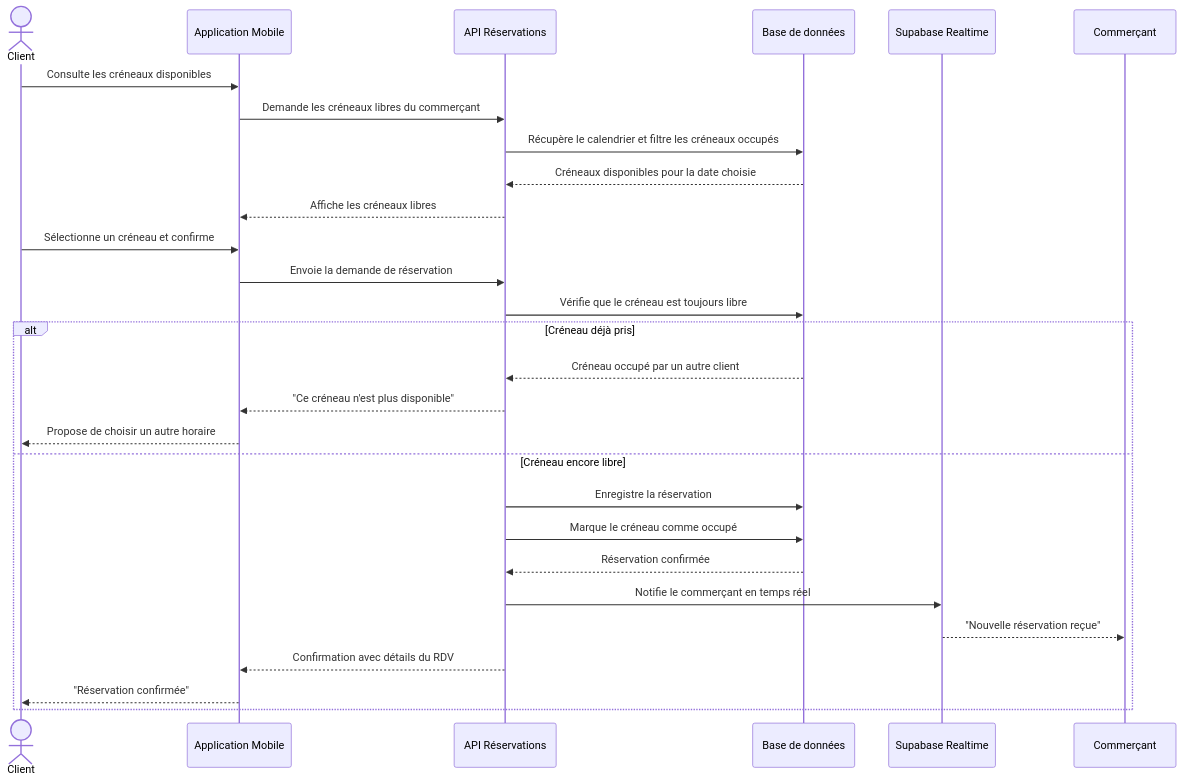
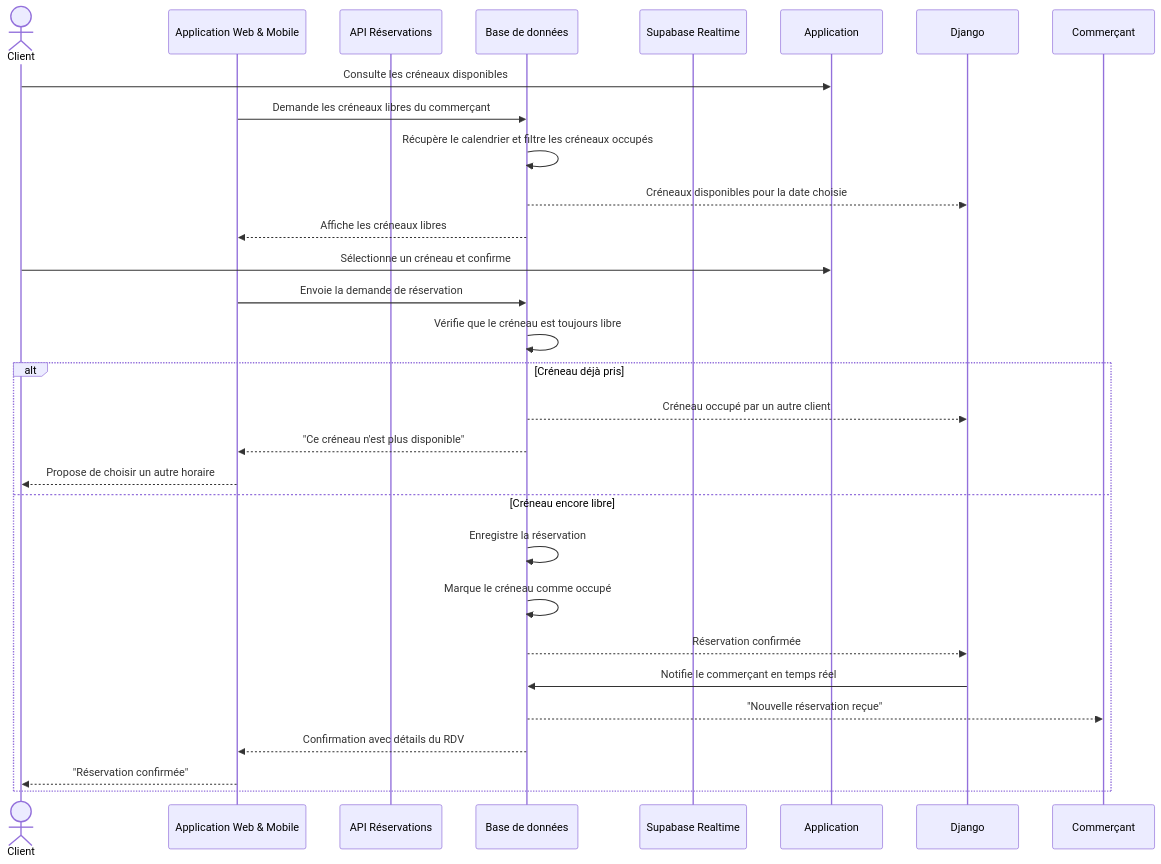
One commit to Abderrahmen1111/private-PFE-repos changed the tenth of 22 diagrams in CHAPITRE3_CONCEPTION.md. Above: the diagram before and after it, drawn with Mermaid. The commit also changed other lines of this file and 2 other files, not shown here.

Commit message:
docs: adapt sequence diagrams to Web/Mobile apps and Django SaaS Admin

````diff
--- a/CHAPITRE3_CONCEPTION.md
+++ b/CHAPITRE3_CONCEPTION.md
@@ -636,30 +635,30 @@
 ```mermaid
 sequenceDiagram
     actor Client
-    participant Application as Application Mobile
+    participant App as Application Web & Mobile
     participant Serveur as API Réservations
     participant BD as Base de données
     participant Notif as Supabase Realtime
 
     Client->>Application: Consulte les créneaux disponibles
-    Application->>Serveur: Demande les créneaux libres du commerçant
-    Serveur->>BD: Récupère le calendrier et filtre les créneaux occupés
-    BD-->>Serveur: Créneaux disponibles pour la date choisie
-    Serveur-->>Application: Affiche les créneaux libres
+    App->>BD: Demande les créneaux libres du commerçant
+    BD->>BD: Récupère le calendrier et filtre les créneaux occupés
+    BD-->>Django: Créneaux disponibles pour la date choisie
+    BD-->>App: Affiche les créneaux libres
     Client->>Application: Sélectionne un créneau et confirme
-    Application->>Serveur: Envoie la demande de réservation
-    Serveur->>BD: Vérifie que le créneau est toujours libre
+    App->>BD: Envoie la demande de réservation
+    BD->>BD: Vérifie que le créneau est toujours libre
     alt Créneau déjà pris
-        BD-->>Serveur: Créneau occupé par un autre client
-        Serveur-->>Application: "Ce créneau n'est plus disponible"
-        Application-->>Client: Propose de choisir un autre horaire
+        BD-->>Django: Créneau occupé par un autre client
+        BD-->>App: "Ce créneau n'est plus disponible"
+        App-->>Client: Propose de choisir un autre horaire
     else Créneau encore libre
-        Serveur->>BD: Enregistre la réservation
-        Serveur->>BD: Marque le créneau comme occupé
-        BD-->>Serveur: Réservation confirmée
-        Serveur->>Notif: Notifie le commerçant en temps réel
-        Notif-->>Commerçant: "Nouvelle réservation reçue"
-        Serveur-->>Application: Confirmation avec détails du RDV
-        Application-->>Client: "Réservation confirmée"
+        BD->>BD: Enregistre la réservation
+        BD->>BD: Marque le créneau comme occupé
+        BD-->>Django: Réservation confirmée
+        Django->>BD: Notifie le commerçant en temps réel
+        BD-->>Commerçant: "Nouvelle réservation reçue"
+        BD-->>App: Confirmation avec détails du RDV
+        App-->>Client: "Réservation confirmée"
     end
 ```
````
